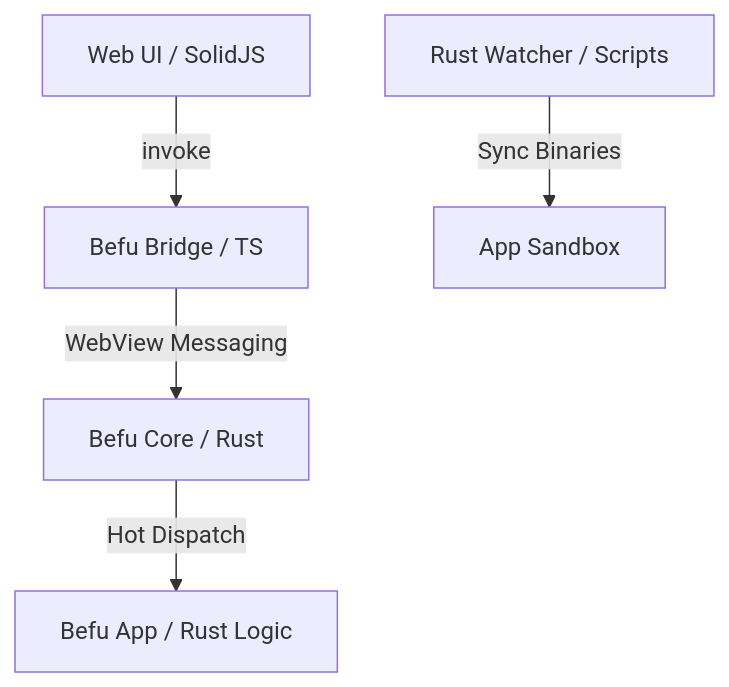
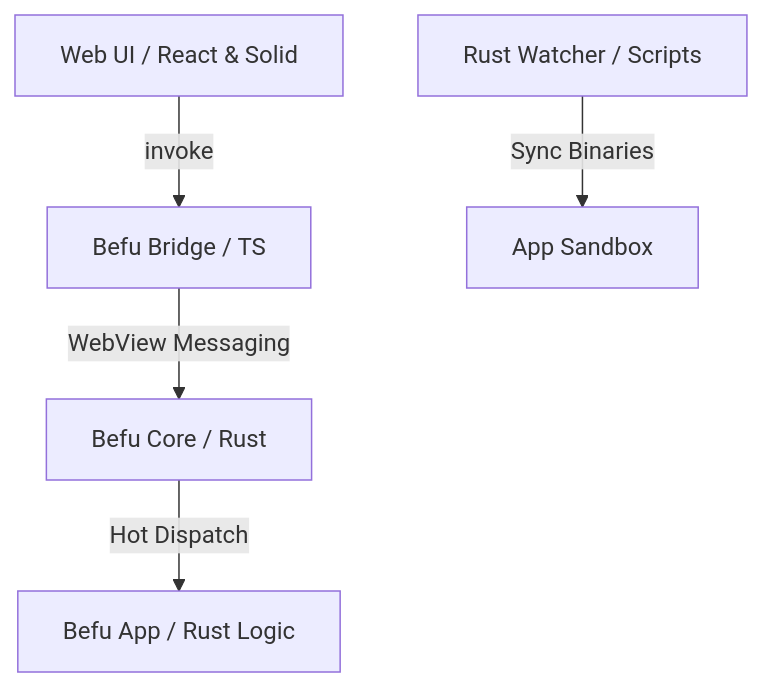
The diagram in README.md (itisrohit/Befu), drawn with Mermaid before and after one commit. The commit also changed other lines of this file and 2 other files, not shown here.

Commit message:
docs: clean format and clarify roadmap

````diff
--- a/README.md
+++ b/README.md
@@ -47,7 +82,7 @@
 ```mermaid
 graph TD
-    UI[Web UI / SolidJS] -->|invoke| Bridge[Befu Bridge / TS]
+    UI[Web UI / React & Solid] -->|invoke| Bridge[Befu Bridge / TS]
     Bridge -->|WebView Messaging| Core[Befu Core / Rust]
     Core -->|Hot Dispatch| App[Befu App / Rust Logic]
     Watcher[Rust Watcher / Scripts] -->|Sync Binaries| Files[App Sandbox]
 ```
````
